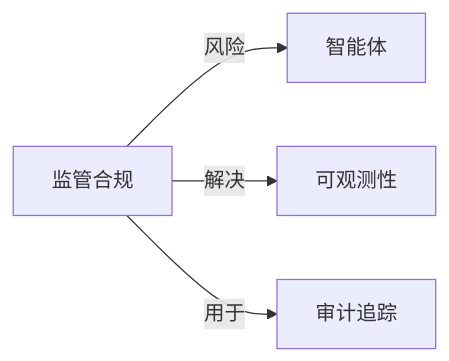
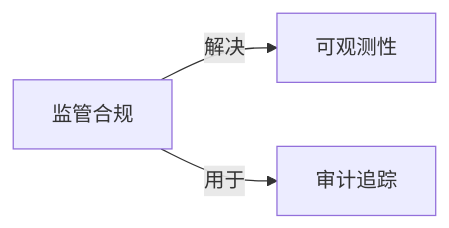
The diagram in wiki/监管合规.md (yibie/claude-best-practices-zh), drawn with Mermaid before and after one commit. The commit also changed other lines of this file and 407 other files, not shown here.

Commit message:
feat: DeepSeek 三遍审校（译文/关系/图谱）+ 可部署静态站点

````diff
--- a/wiki/监管合规.md
+++ b/wiki/监管合规.md
@@ -44,7 +44,6 @@
 ```mermaid
 graph LR
   C["监管合规"]
-  C -->|风险| N0["智能体"]
-  C -->|解决| N1["可观测性"]
-  C -->|用于| N2["审计追踪"]
+  C -->|解决| N0["可观测性"]
+  C -->|用于| N1["审计追踪"]
 ```
````
